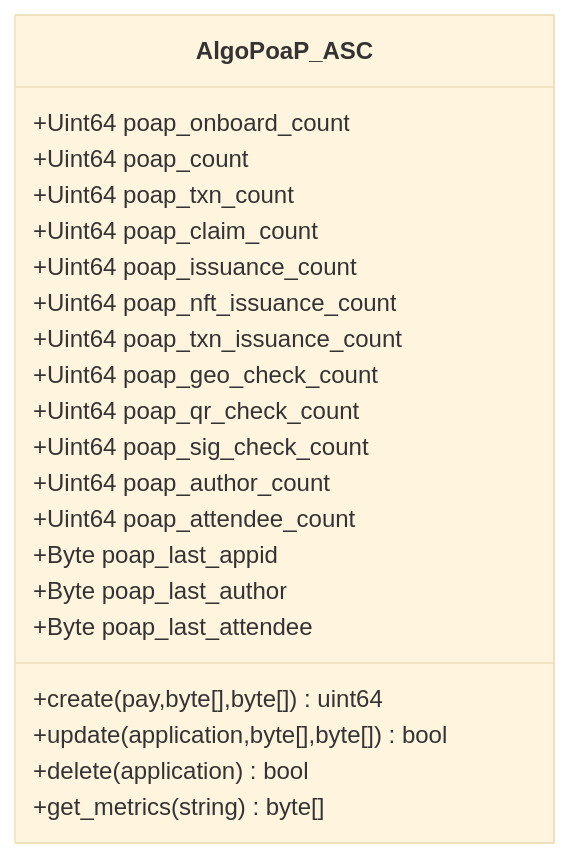
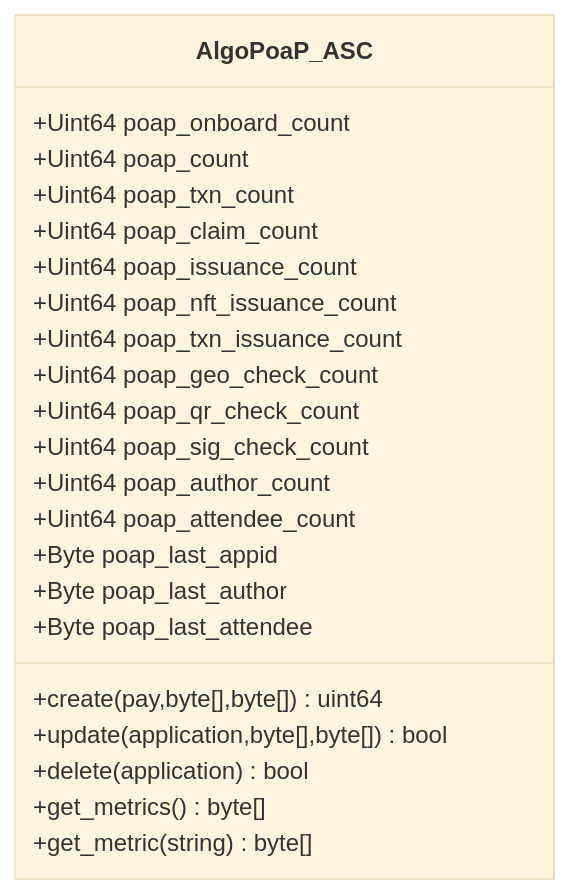
Before and after one commit to GoPlausible/.github: the eighth of 10 diagrams in profile/README.md, drawn with Mermaid (base theme). The commit also changed other lines of this file, not shown here.

````diff
--- a/profile/README.md
+++ b/profile/README.md
@@ -300,26 +300,27 @@
 ```mermaid
   classDiagram
     class AlgoPoaP_ASC
     AlgoPoaP_ASC : +Uint64 poap_onboard_count
     AlgoPoaP_ASC : +Uint64 poap_count
     AlgoPoaP_ASC : +Uint64 poap_txn_count
     AlgoPoaP_ASC : +Uint64 poap_claim_count
     AlgoPoaP_ASC : +Uint64 poap_issuance_count
     AlgoPoaP_ASC : +Uint64 poap_nft_issuance_count
     AlgoPoaP_ASC : +Uint64 poap_txn_issuance_count
 
     AlgoPoaP_ASC : +Uint64 poap_geo_check_count
     AlgoPoaP_ASC : +Uint64 poap_qr_check_count
     AlgoPoaP_ASC : +Uint64 poap_sig_check_count
 
     AlgoPoaP_ASC : +Uint64 poap_author_count
     AlgoPoaP_ASC : +Uint64 poap_attendee_count
     AlgoPoaP_ASC : +Byte poap_last_appid
     AlgoPoaP_ASC : +Byte poap_last_author
     AlgoPoaP_ASC : +Byte poap_last_attendee
     AlgoPoaP_ASC : +create(pay,byte[],byte[])uint64
     AlgoPoaP_ASC : +update(application,byte[],byte[])bool
     AlgoPoaP_ASC : +delete(application)bool
-    AlgoPoaP_ASC : +get_metrics(string)byte[]
+    AlgoPoaP_ASC : +get_metrics()byte[]
+    AlgoPoaP_ASC : +get_metric(string)byte[]
     
 ```
````
